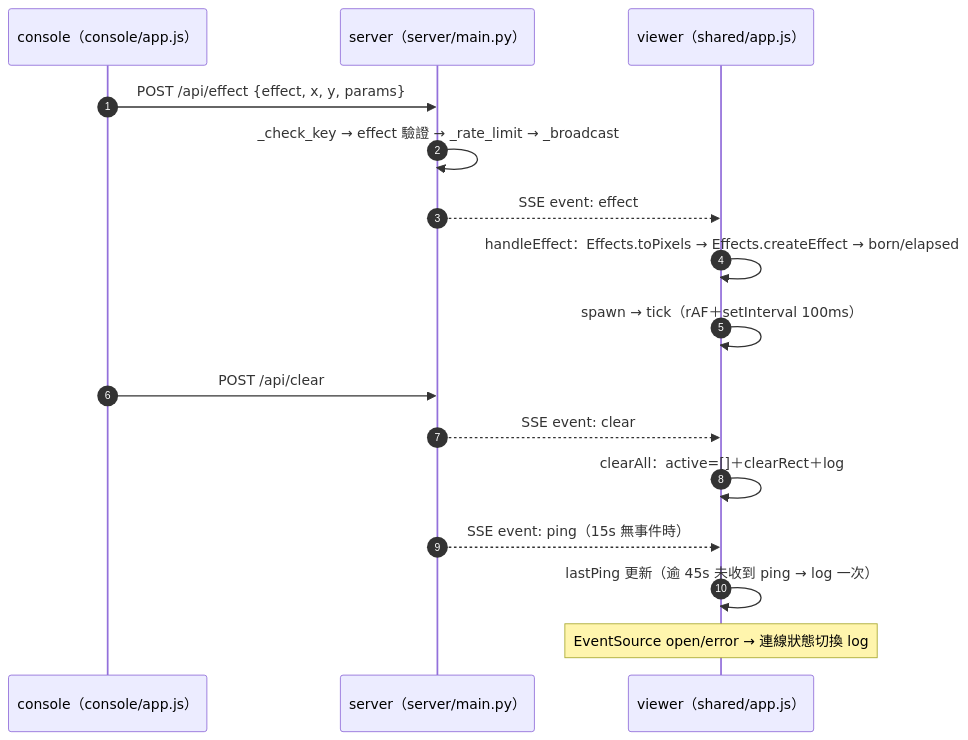
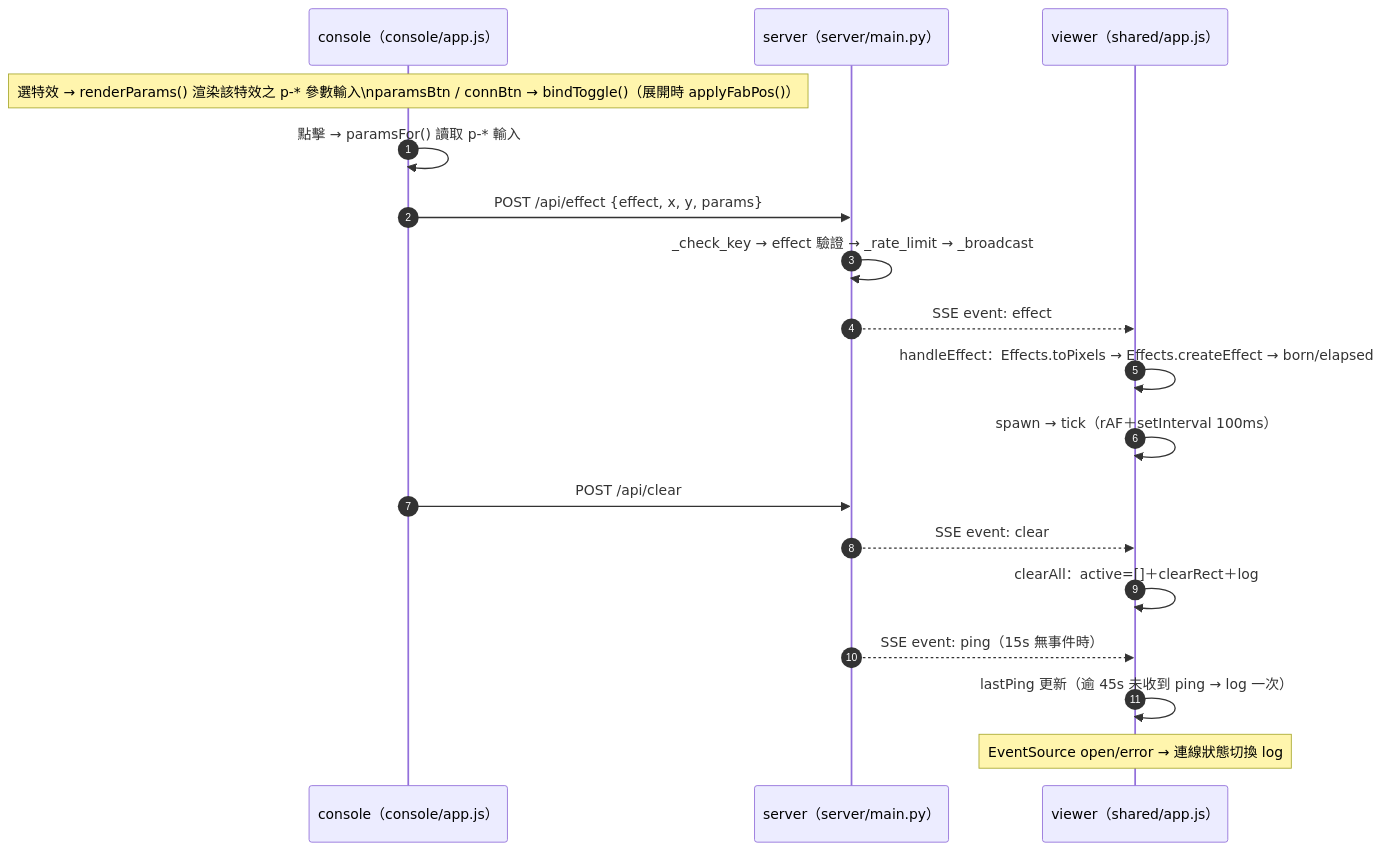
One commit to zivngit/Real-time-Interaction-html changed the third of 6 diagrams in docs/agents/CALL_GRAPH.md. Above: the diagram before and after it, drawn with Mermaid. The commit also changed other lines of this file and 4 other files, not shown here.

````diff
--- a/docs/agents/CALL_GRAPH.md
+++ b/docs/agents/CALL_GRAPH.md
@@ -87,19 +87,21 @@
 ```mermaid
 sequenceDiagram
     autonumber
     participant C as console（console/app.js）
     participant S as server（server/main.py）
     participant V as viewer（shared/app.js）
 
+    Note over C: 選特效 → renderParams() 渲染該特效之 p-* 參數輸入\nparamsBtn / connBtn → bindToggle()（展開時 applyFabPos()）
+    C->>C: 點擊 → paramsFor() 讀取 p-* 輸入
     C->>S: POST /api/effect {effect, x, y, params}
     S->>S: _check_key → effect 驗證 → _rate_limit → _broadcast
     S-->>V: SSE event: effect
     V->>V: handleEffect：Effects.toPixels → Effects.createEffect → born/elapsed
     V->>V: spawn → tick（rAF＋setInterval 100ms）
     C->>S: POST /api/clear
     S-->>V: SSE event: clear
     V->>V: clearAll：active=[]＋clearRect＋log
     S-->>V: SSE event: ping（15s 無事件時）
     V->>V: lastPing 更新（逾 45s 未收到 ping → log 一次）
     Note over V: EventSource open/error → 連線狀態切換 log
 ```
````
